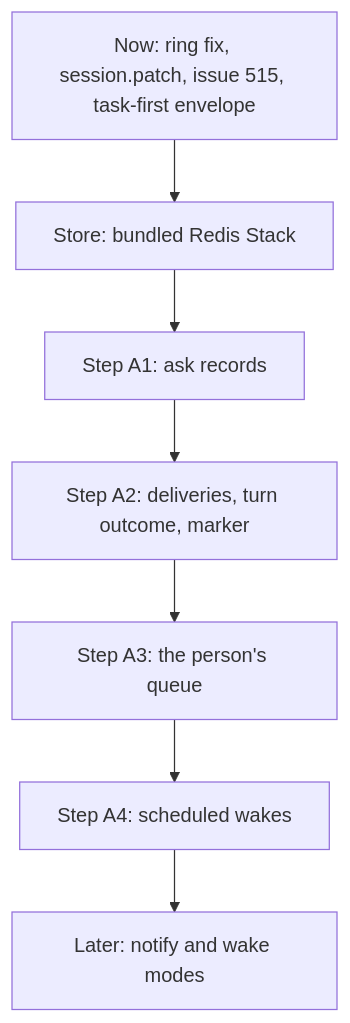
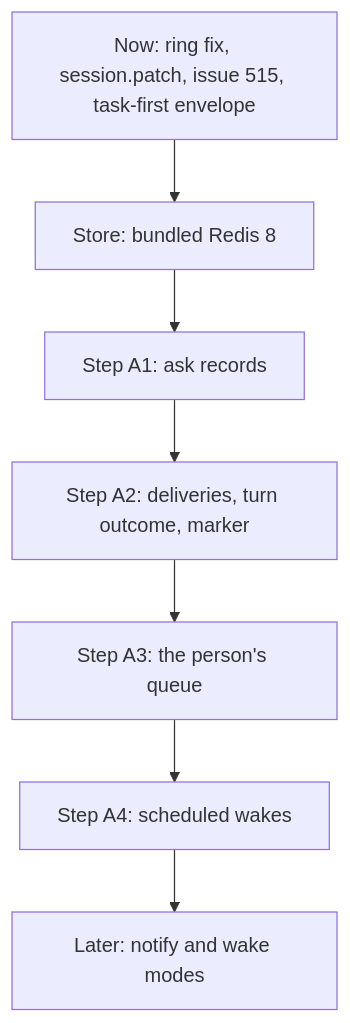
One commit to HJeon139/postbox changed the eighth of 9 diagrams in designs/508/design.md. Above: the diagram before and after it, drawn with Mermaid. The commit also changed other lines of this file and 3 other files, not shown here.

````diff
--- a/designs/508/design.md
+++ b/designs/508/design.md
@@ -580,11 +586,11 @@
 ```mermaid
 flowchart TD
   N["Now: ring fix, session.patch, issue 515, task-first envelope"]
-  S["Store: bundled Redis Stack"]
+  S["Store: bundled Redis 8"]
   A1["Step A1: ask records"]
   A2["Step A2: deliveries, turn outcome, marker"]
   A3["Step A3: the person's queue"]
   A4["Step A4: scheduled wakes"]
   L["Later: notify and wake modes"]
   N --> S --> A1 --> A2 --> A3 --> A4 --> L
 ```
````
